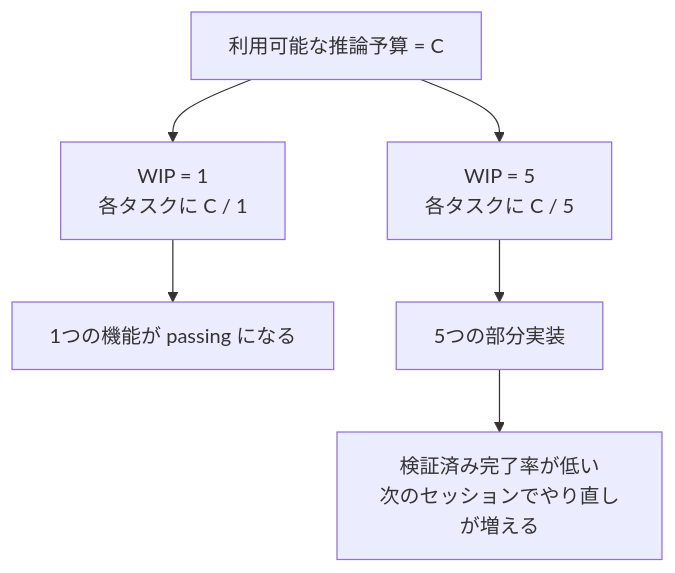
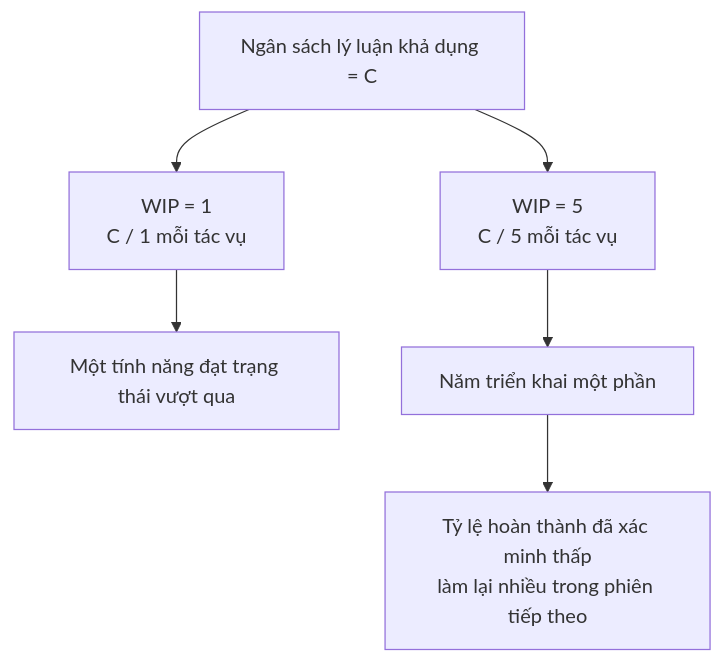
One commit to mkusaka/learn-harness-engineering changed the second of 2 diagrams in docs/vi/lectures/lecture-07-why-agents-overreach-and-under-finish/index.md. Above: the diagram before and after it, drawn with Mermaid. The commit also changed other lines of this file and 684 other files, not shown here.

````diff
--- a/docs/vi/lectures/lecture-07-why-agents-overreach-and-under-finish/index.md
+++ b/docs/vi/lectures/lecture-07-why-agents-overreach-and-under-finish/index.md
@@ -43,9 +43,9 @@
 ```mermaid
 flowchart TB
-    Budget["利用可能な推論予算 = C"] --> One["WIP = 1<br/>各タスクに C / 1"]
-    Budget --> Many["WIP = 5<br/>各タスクに C / 5"]
+    Budget["Ngân sách lý luận khả dụng = C"] --> One["WIP = 1<br/>C / 1 mỗi tác vụ"]
+    Budget --> Many["WIP = 5<br/>C / 5 mỗi tác vụ"]
 
-    One --> Finish["1つの機能が passing になる"]
-    Many --> Partial["5つの部分実装"]
-    Partial --> VCR["検証済み完了率が低い<br/>次のセッションでやり直しが増える"]
+    One --> Finish["Một tính năng đạt trạng thái vượt qua"]
+    Many --> Partial["Năm triển khai một phần"]
+    Partial --> VCR["Tỷ lệ hoàn thành đã xác minh thấp<br/>làm lại nhiều trong phiên tiếp theo"]
 ```
````
